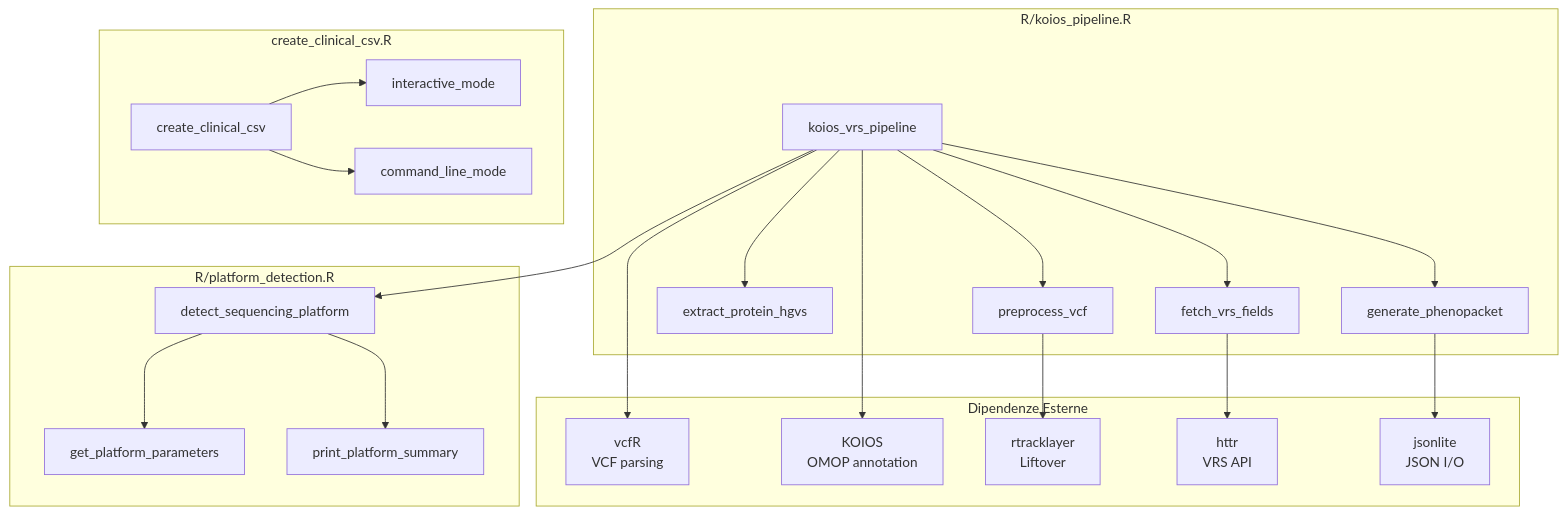
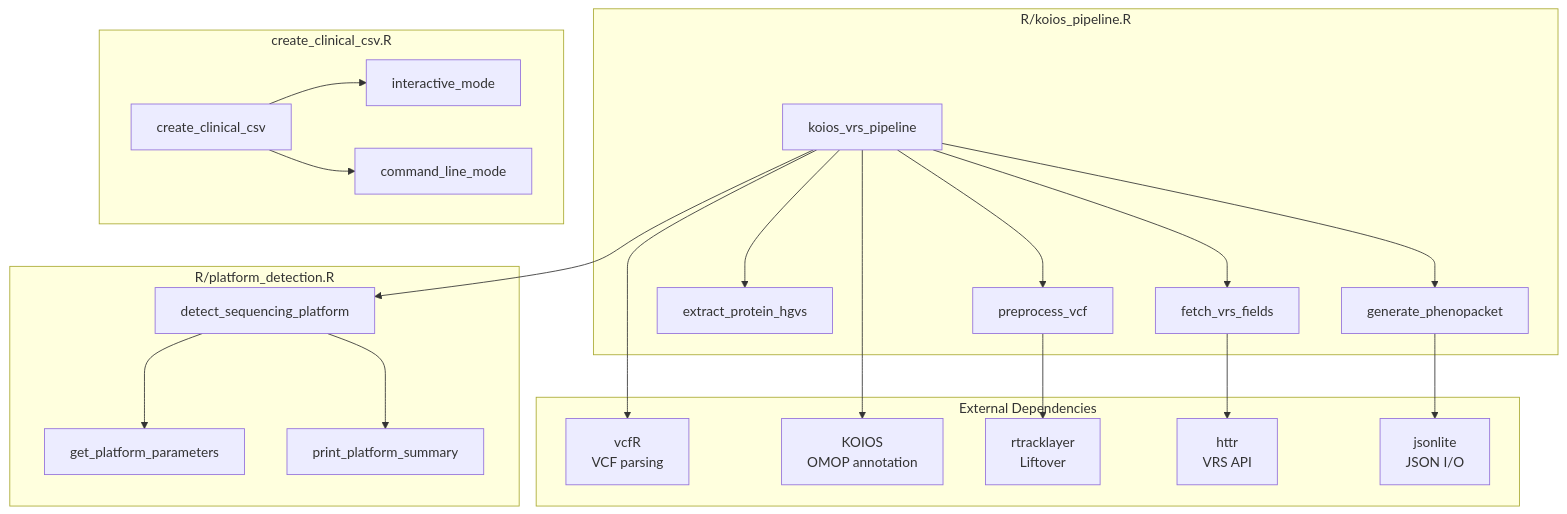
Before and after one commit to gbucci/koios_vrs: the sixth of 7 diagrams in FLOW_DIAGRAM.md, drawn with Mermaid. The commit also changed other lines of this file and 3 other files, not shown here.

First line of the commit message:
Translate flow diagram to English and rename 'Note' to 'Known'

````diff
--- a/FLOW_DIAGRAM.md
+++ b/FLOW_DIAGRAM.md
@@ -224,48 +224,48 @@
 ```mermaid
 flowchart TD
     subgraph Main["R/koios_pipeline.R"]
         Pipeline[koios_vrs_pipeline]
         Preprocess[preprocess_vcf]
         Extract[extract_protein_hgvs]
         Fetch[fetch_vrs_fields]
         Generate[generate_phenopacket]
     end
 
     subgraph Platform["R/platform_detection.R"]
         Detect[detect_sequencing_platform]
         GetParams[get_platform_parameters]
         PrintSummary[print_platform_summary]
     end
 
     subgraph Helper["create_clinical_csv.R"]
         CreateCSV[create_clinical_csv]
         Interactive[interactive_mode]
         CommandLine[command_line_mode]
     end
 
-    subgraph External["Dipendenze Esterne"]
+    subgraph External["External Dependencies"]
         VcfR[vcfR<br/>VCF parsing]
         KOIOS[KOIOS<br/>OMOP annotation]
         RTL[rtracklayer<br/>Liftover]
         HTTR[httr<br/>VRS API]
         JSON[jsonlite<br/>JSON I/O]
     end
 
     Pipeline --> Preprocess
     Pipeline --> Detect
     Pipeline --> Extract
     Pipeline --> Fetch
     Pipeline --> Generate
 
     Detect --> GetParams
     Detect --> PrintSummary
 
     CreateCSV --> Interactive
     CreateCSV --> CommandLine
 
     Pipeline --> VcfR
     Pipeline --> KOIOS
     Preprocess --> RTL
     Fetch --> HTTR
     Generate --> JSON
 ```
````
